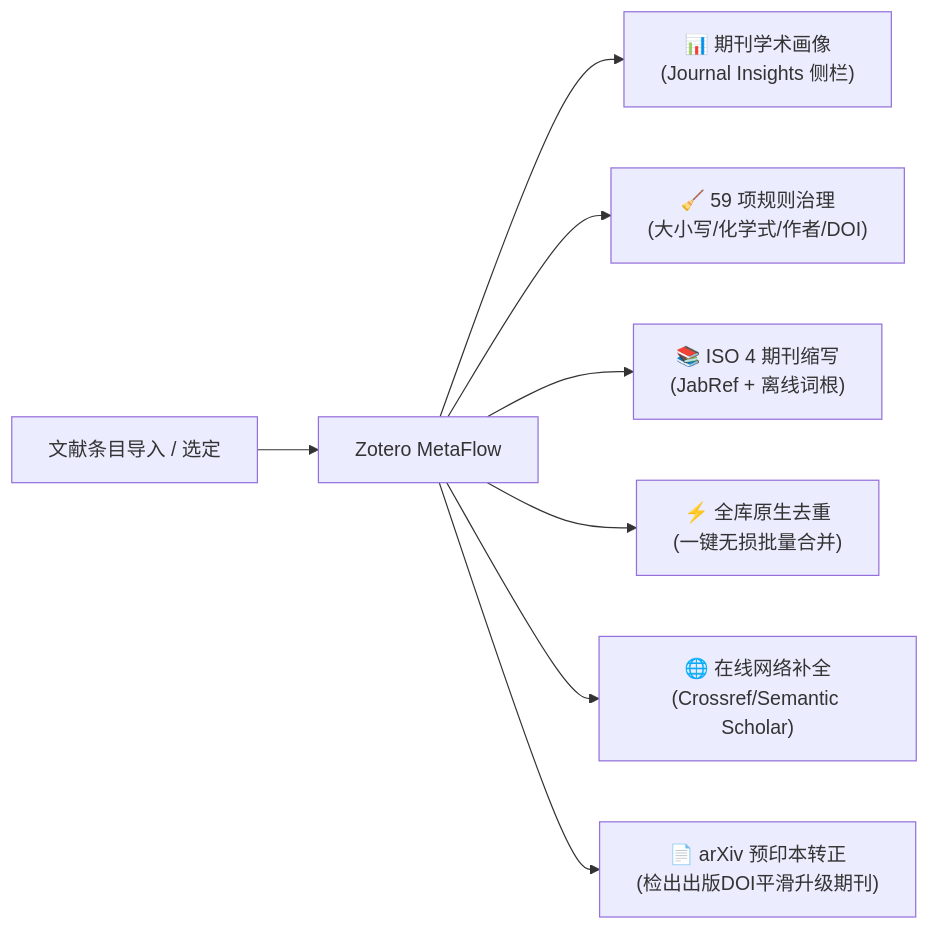
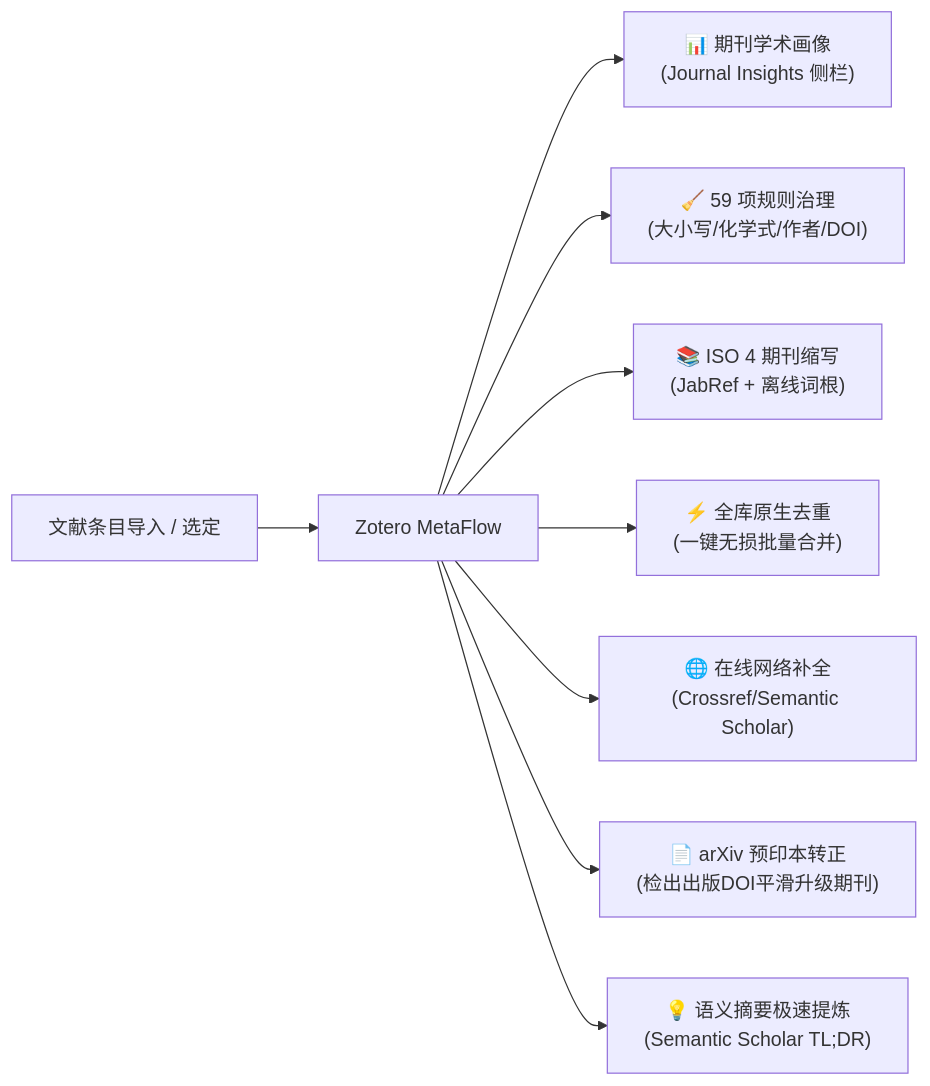
The diagram in README.md (groele/MetaRef-for-Zotero), drawn with Mermaid before and after one commit. The commit also changed other lines of this file and 23 other files, not shown here.

Commit message:
feat(metadata): integrate Semantic Scholar TL;DR core argument backfill

````diff
--- a/README.md
+++ b/README.md
@@ -33,10 +33,11 @@
 ```mermaid
 graph LR
     A["文献条目导入 / 选定"] --> B["Zotero MetaFlow"]
     B --> C["📊 期刊学术画像<br/>(Journal Insights 侧栏)"]
     B --> D["🧹 59 项规则治理<br/>(大小写/化学式/作者/DOI)"]
     B --> E["📚 ISO 4 期刊缩写<br/>(JabRef + 离线词根)"]
     B --> F["⚡ 全库原生去重<br/>(一键无损批量合并)"]
     B --> G["🌐 在线网络补全<br/>(Crossref/Semantic Scholar)"]
     B --> H["📄 arXiv 预印本转正<br/>(检出出版DOI平滑升级期刊)"]
+    B --> I["💡 语义摘要极速提炼<br/>(Semantic Scholar TL;DR)"]
 ```
````
